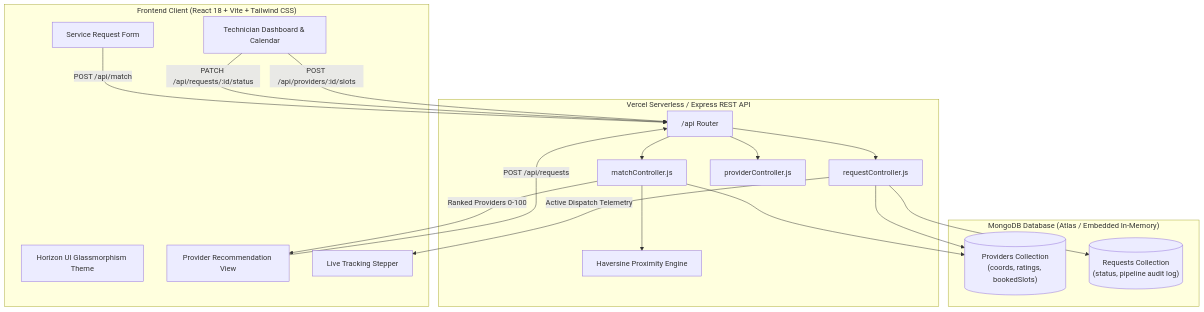
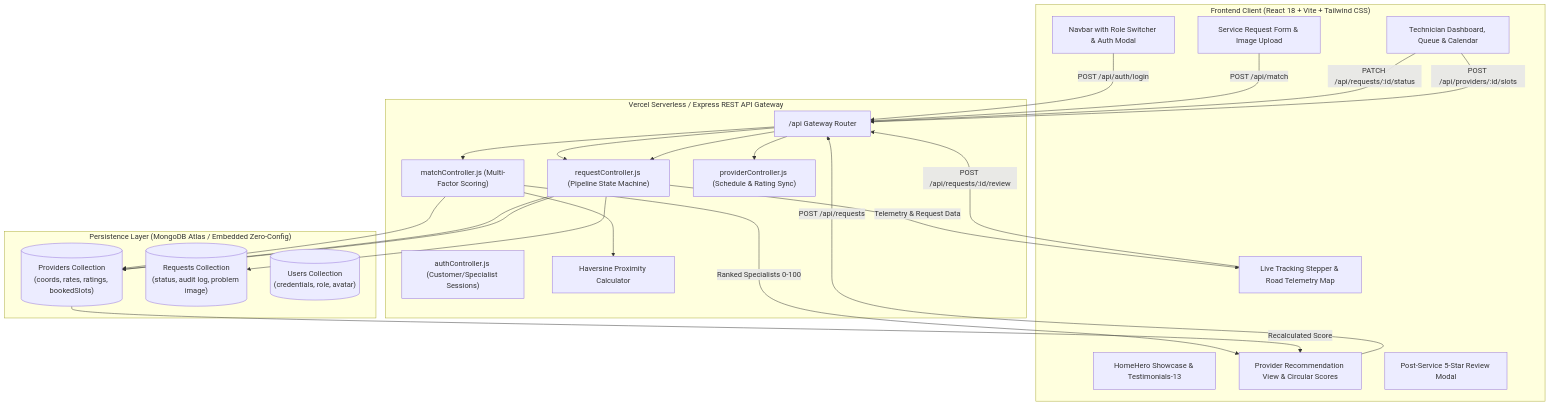
The first of 4 diagrams in README.md (asnayem1122/OmniSync), drawn with Mermaid before and after one commit. The commit also changed other lines of this file, not shown here.

Commit message:
docs: comprehensive README overhaul with sequence tables, full feature matrix, tech stack breakdown, and Dhaka BDT currency standard

````diff
--- a/README.md
+++ b/README.md
@@ -25,39 +50,49 @@
 ```mermaid
 graph TB
     subgraph Client["Frontend Client (React 18 + Vite + Tailwind CSS)"]
-        UI[Horizon UI Glassmorphism Theme]
-        Form[Service Request Form]
-        RecView[Provider Recommendation View]
-        Tracker[Live Tracking Stepper]
-        ProviderUI[Technician Dashboard & Calendar]
+        Nav[Navbar with Role Switcher & Auth Modal]
+        Hero[HomeHero Showcase & Testimonials-13]
+        Form[Service Request Form & Image Upload]
+        RecView[Provider Recommendation View & Circular Scores]
+        Tracker[Live Tracking Stepper & Road Telemetry Map]
+        ProviderUI[Technician Dashboard, Queue & Calendar]
+        ReviewModal[Post-Service 5-Star Review Modal]
     end
 
-    subgraph API_Gateway["Vercel Serverless / Express REST API"]
-        Router["/api Router"]
-        MatchCtrl["matchController.js"]
-        ReqCtrl["requestController.js"]
-        ProvCtrl["providerController.js"]
-        GeoUtil["Haversine Proximity Engine"]
+    subgraph Gateway["Vercel Serverless / Express REST API Gateway"]
+        Router["/api Gateway Router"]
+        AuthCtrl["authController.js (Customer/Specialist Sessions)"]
+        MatchCtrl["matchController.js (Multi-Factor Scoring)"]
+        ReqCtrl["requestController.js (Pipeline State Machine)"]
+        ProvCtrl["providerController.js (Schedule & Rating Sync)"]
+        GeoEngine["Haversine Proximity Calculator"]
     end
 
-    subgraph Database["MongoDB Database (Atlas / Embedded In-Memory)"]
-        ProvColl[("Providers Collection<br/>(coords, ratings, bookedSlots)")]
-        ReqColl[("Requests Collection<br/>(status, pipeline audit log)")]
+    subgraph DataStore["Persistence Layer (MongoDB Atlas / Embedded Zero-Config)"]
+        ProvColl[("Providers Collection<br/>(coords, rates, ratings, bookedSlots)")]
+        ReqColl[("Requests Collection<br/>(status, audit log, problem image)")]
+        UserColl[("Users Collection<br/>(credentials, role, avatar)")]
     end
 
+    Nav -->|POST /api/auth/login| Router
     Form -->|POST /api/match| Router
     Router --> MatchCtrl
-    MatchCtrl --> GeoUtil
+    MatchCtrl --> GeoEngine
     MatchCtrl --> ProvColl
-    MatchCtrl -->|Ranked Providers 0-100| RecView
+    MatchCtrl -->|Ranked Specialists 0-100| RecView
 
     RecView -->|POST /api/requests| Router
     Router --> ReqCtrl
     ReqCtrl --> ReqColl
     ReqCtrl --> ProvColl
-    ReqCtrl -->|Active Dispatch Telemetry| Tracker
+    ReqCtrl -->|Telemetry & Request Data| Tracker
 
     ProviderUI -->|PATCH /api/requests/:id/status| Router
     ProviderUI -->|POST /api/providers/:id/slots| Router
     Router --> ProvCtrl
+
+    Tracker -->|POST /api/requests/:id/review| Router
+    Router --> ReqCtrl
+    ReqCtrl --> ProvColl
+    ProvColl -->|Recalculated Score| RecView
 ```
````
